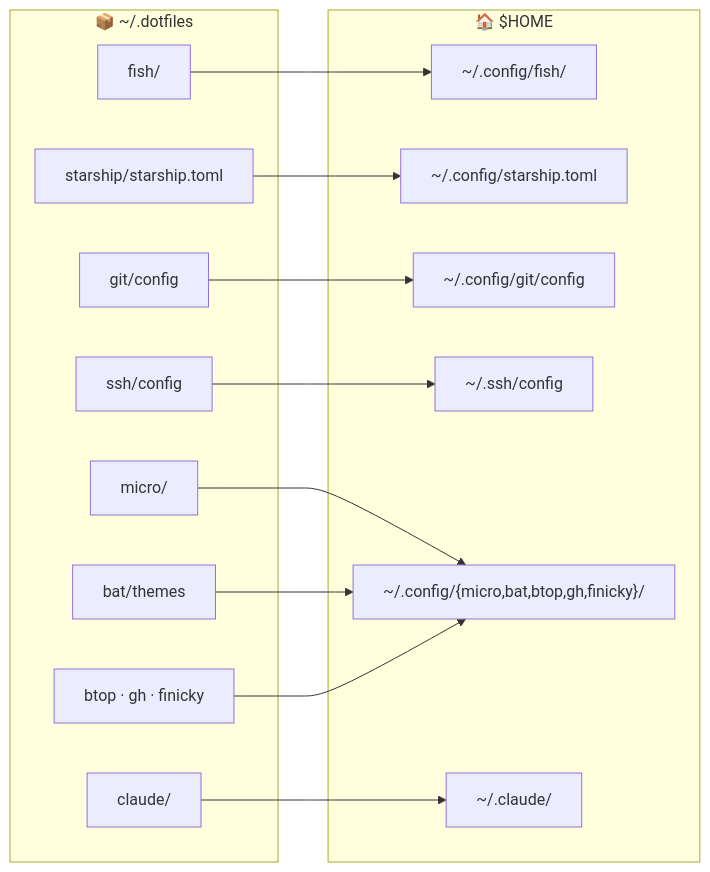
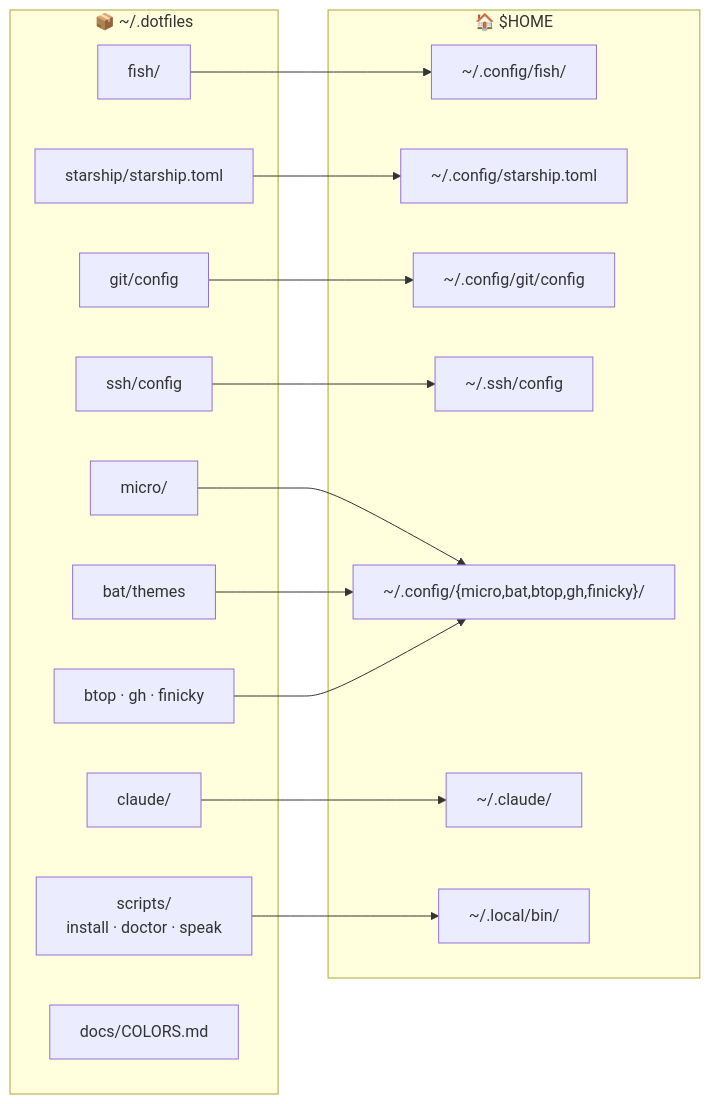
The first of 5 diagrams in README.md (sergio-santiago/.dotfiles), drawn with Mermaid before and after one commit. The commit also changed other lines of this file and 16 other files, not shown here.

````diff
--- a/README.md
+++ b/README.md
@@ -97,29 +101,33 @@
 ```mermaid
 flowchart LR
     subgraph repo["📦 ~/.dotfiles"]
         fish["fish/"]
         starship["starship/starship.toml"]
         gitc["git/config"]
         ssh["ssh/config"]
         micro["micro/"]
         bat["bat/themes"]
         claude["claude/"]
         misc["btop · gh · finicky"]
+        scripts["scripts/<br/>install · doctor · speak"]
+        docs["docs/COLORS.md"]
     end
     subgraph home["🏠 $HOME"]
         cfgfish["~/.config/fish/"]
         cfgstar["~/.config/starship.toml"]
         cfggit["~/.config/git/config"]
         sshcfg["~/.ssh/config"]
         cfgmisc["~/.config/{micro,bat,btop,gh,finicky}/"]
         dotclaude["~/.claude/"]
+        localbin["~/.local/bin/"]
     end
     fish --> cfgfish
     starship --> cfgstar
     gitc --> cfggit
     ssh --> sshcfg
     micro --> cfgmisc
     bat --> cfgmisc
     misc --> cfgmisc
     claude --> dotclaude
+    scripts --> localbin
 ```
````
